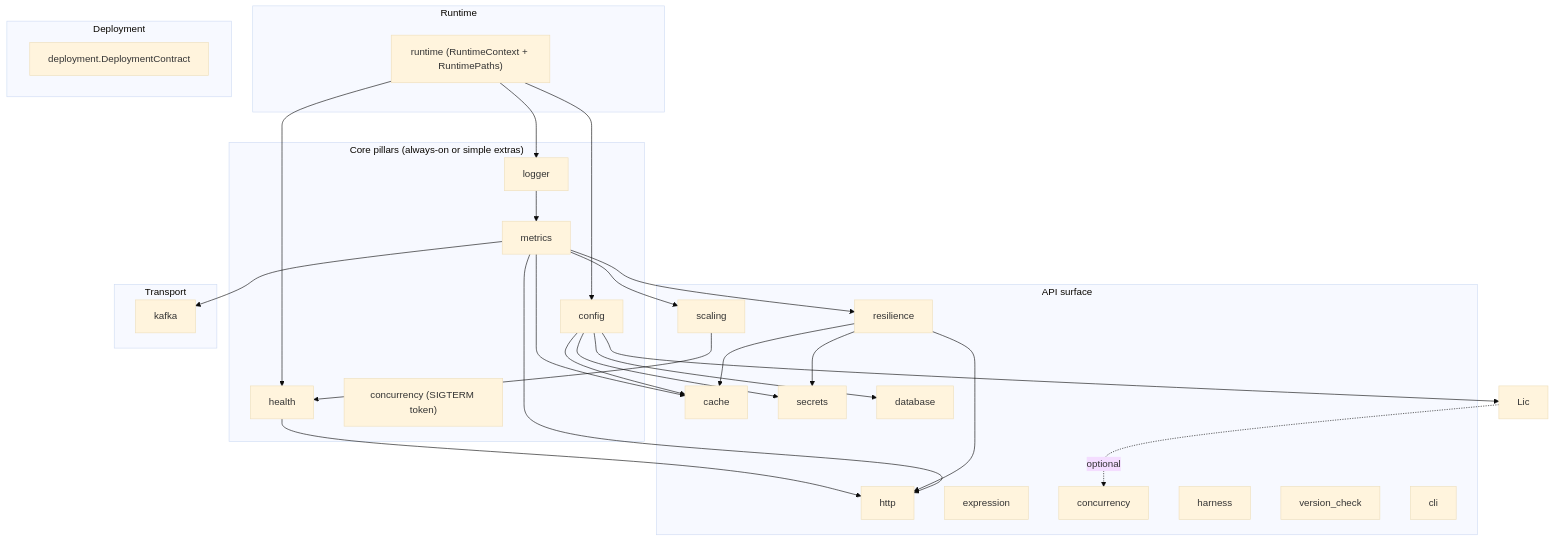
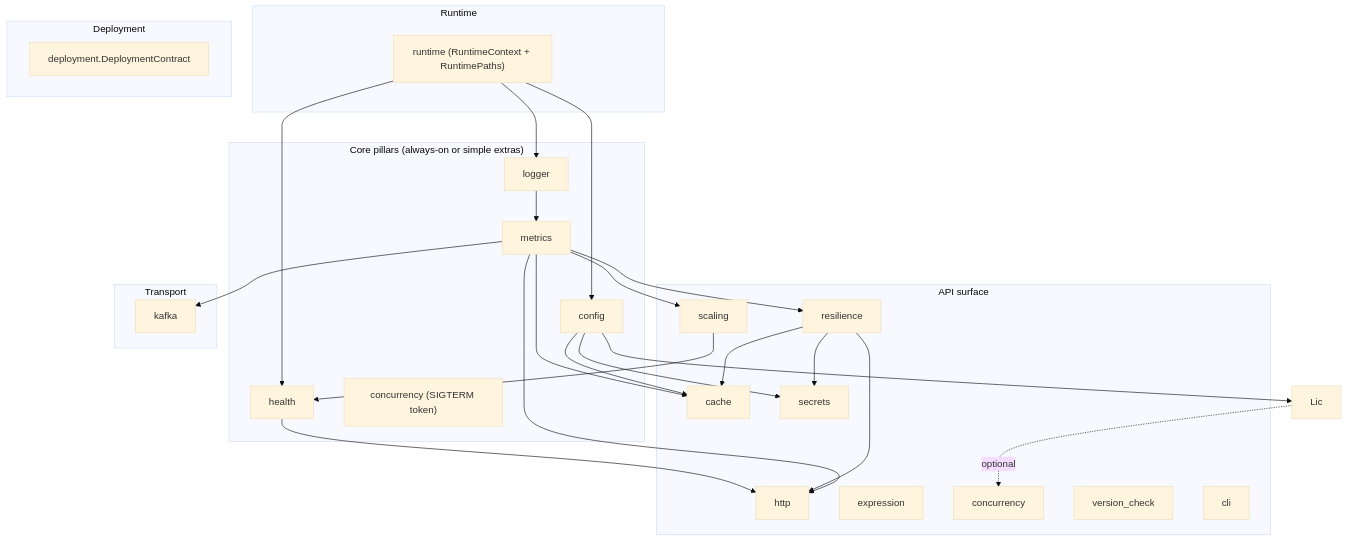
One commit to hyperi-io/scalo-py changed the diagram in docs/ARCHITECTURE.md. Above: the diagram before and after it, drawn with Mermaid (base theme). The commit also changed other lines of this file and 19 other files, not shown here.

First line of the commit message:
cleanup: drop database module, move harness to tests

````diff
--- a/docs/ARCHITECTURE.md
+++ b/docs/ARCHITECTURE.md
@@ -34,62 +34,59 @@
 ```mermaid
 flowchart TB
     subgraph Pillars["Core pillars (always-on or simple extras)"]
         Config["config"]
         Logger["logger"]
         Metrics["metrics"]
         Health["health"]
         Shutdown["concurrency (SIGTERM token)"]
     end
 
     subgraph Runtime["Runtime"]
         Rt["runtime (RuntimeContext + RuntimePaths)"]
     end
 
     subgraph API["API surface"]
         HTTP["http"]
         Cache["cache"]
         Secrets["secrets"]
         Expr["expression"]
         Resil["resilience"]
         Conc["concurrency"]
-        Harn["harness"]
         VC["version_check"]
         Scal["scaling"]
         CLI["cli"]
-        DB["database"]
     end
 
     subgraph Transport["Transport"]
         Kafka["kafka"]
     end
 
     subgraph Deploy["Deployment"]
         DC["deployment.DeploymentContract"]
     end
 
     Rt --> Config
     Rt --> Logger
     Rt --> Health
 
     Config --> Cache
     Config --> Secrets
-    Config --> DB
     Config --> Lic
 
     Logger --> Metrics
 
     Metrics --> HTTP
     Metrics --> Kafka
     Metrics --> Cache
     Metrics --> Resil
     Metrics --> Scal
 
     Resil --> HTTP
     Resil --> Cache
     Resil --> Secrets
 
     Health --> HTTP
     Scal --> Health
 
     Lic -.optional.-> Conc
 ```
````
